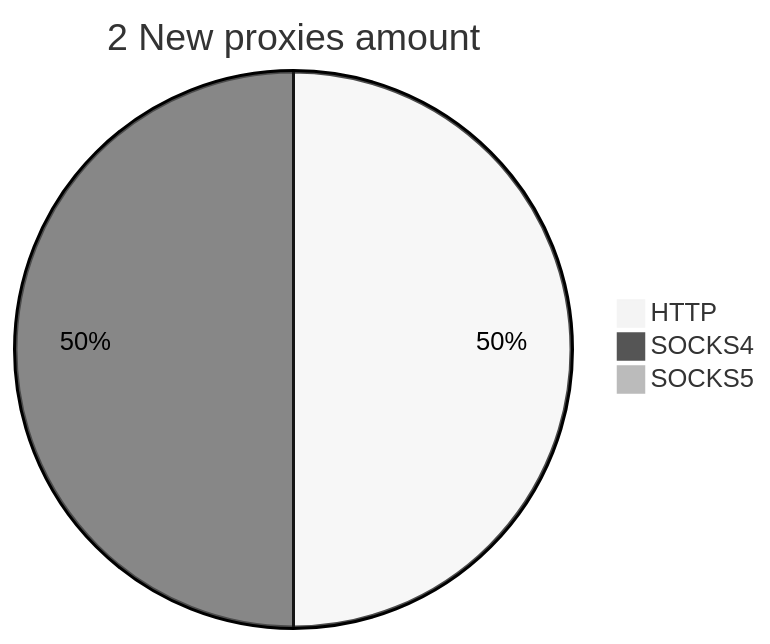
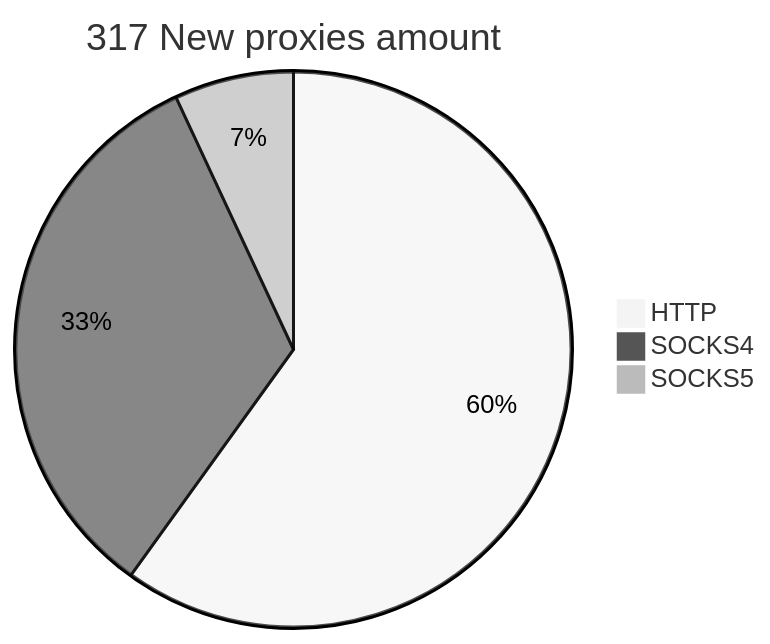
The second of 2 diagrams in README.md (cutipu/proxylist), drawn with Mermaid (neutral theme) before and after one commit. The commit also changed other lines of this file, not shown here.

````diff
--- a/README.md
+++ b/README.md
@@ -10,6 +10,6 @@
 ```mermaid
-pie title 2 New proxies amount
-    "HTTP" : 1
-    "SOCKS4" : 1
-    "SOCKS5" : 0
+pie title 317 New proxies amount
+    "HTTP" : 190
+    "SOCKS4" : 105
+    "SOCKS5" : 22
 ```
````
